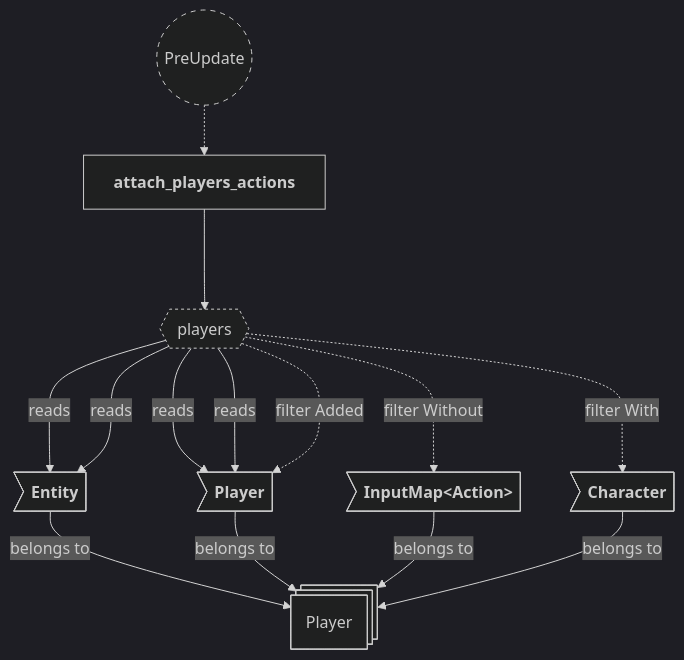
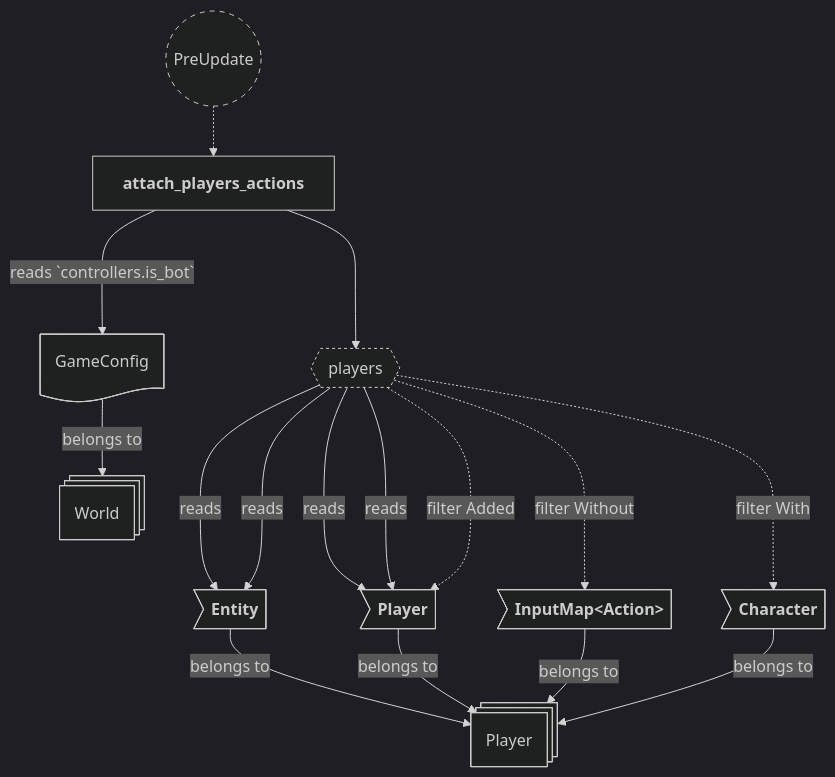
The first of 8 diagrams in backlog/docs/doc-2 - 002-Input-plugin.md (neurosoup/tyled), drawn with Mermaid before and after one commit. The commit also changed other lines of this file and 16 other files, not shown here.

````diff
--- a/backlog/docs/doc-2 - 002-Input-plugin.md
+++ b/backlog/docs/doc-2 - 002-Input-plugin.md
@@ -83,34 +46,40 @@
 ```mermaid
 ---
 config:
   theme: dark
 ---
 
 flowchart TD
 classDef system-group stroke-dasharray: 5 5
 classDef query stroke-dasharray: 3 3
 
 preupdate(("`PreUpdate`")):::system-group
 attach_players_actions["`**attach_players_actions**`"]
 
 preupdate -.-> attach_players_actions
 
 players_query{{"`players`"}}:::query
 attach_players_actions ---> players_query
 
 player_entity@{ shape: st-rect, label: "Player" }
 
 pe_entity>"`**Entity**`"] --> |belongs to| player_entity
 pe_player>"`**Player**`"] --> |belongs to| player_entity
 pe_input_map>"`**InputMap#60;Action#62;**`"] --> |belongs to| player_entity
 
 players_query ---> |reads| pe_entity
 players_query ---> |reads| pe_player
 pe_character>"`**Character**`"] --> |belongs to| player_entity
 
 players_query ---> |reads| pe_entity
 players_query ---> |reads| pe_player
 players_query -..-> |filter Added| pe_player
 players_query -..-> |filter Without| pe_input_map
 players_query -..-> |filter With| pe_character
+
+world@{ shape: st-rect, label: "World" }
+config_res@{ shape: doc, label: "GameConfig" }
+config_res --> |belongs to| world
+
+attach_players_actions ---> |reads `controllers.is_bot`| config_res
 ```
````
